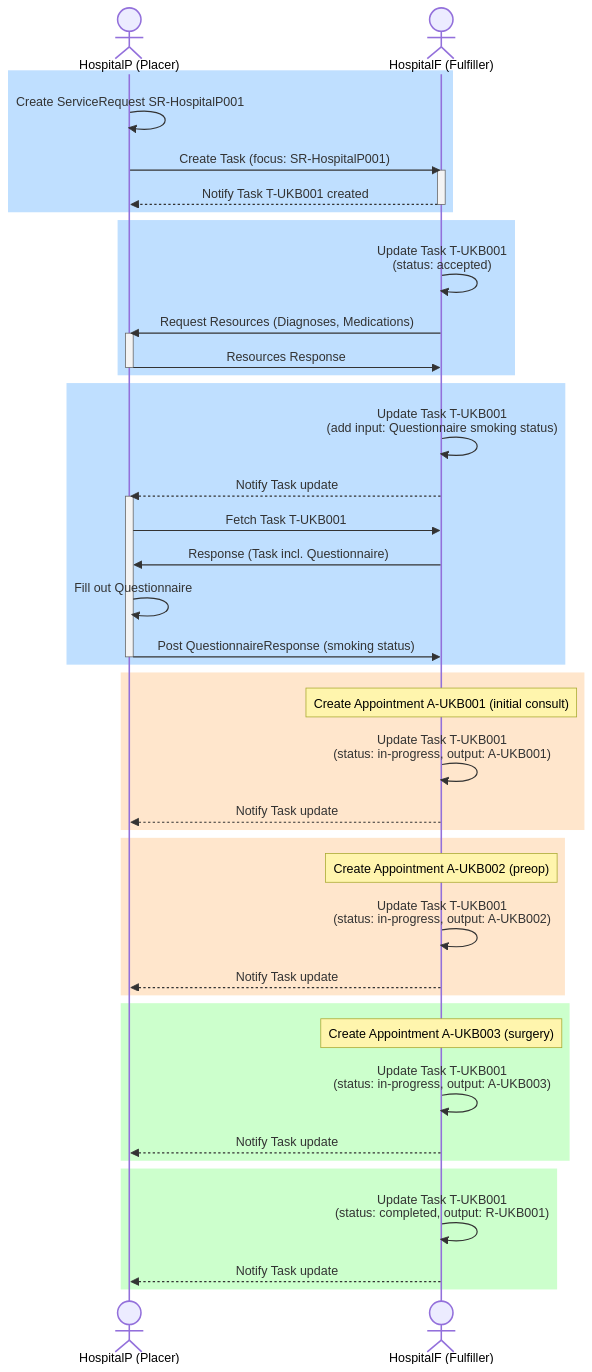
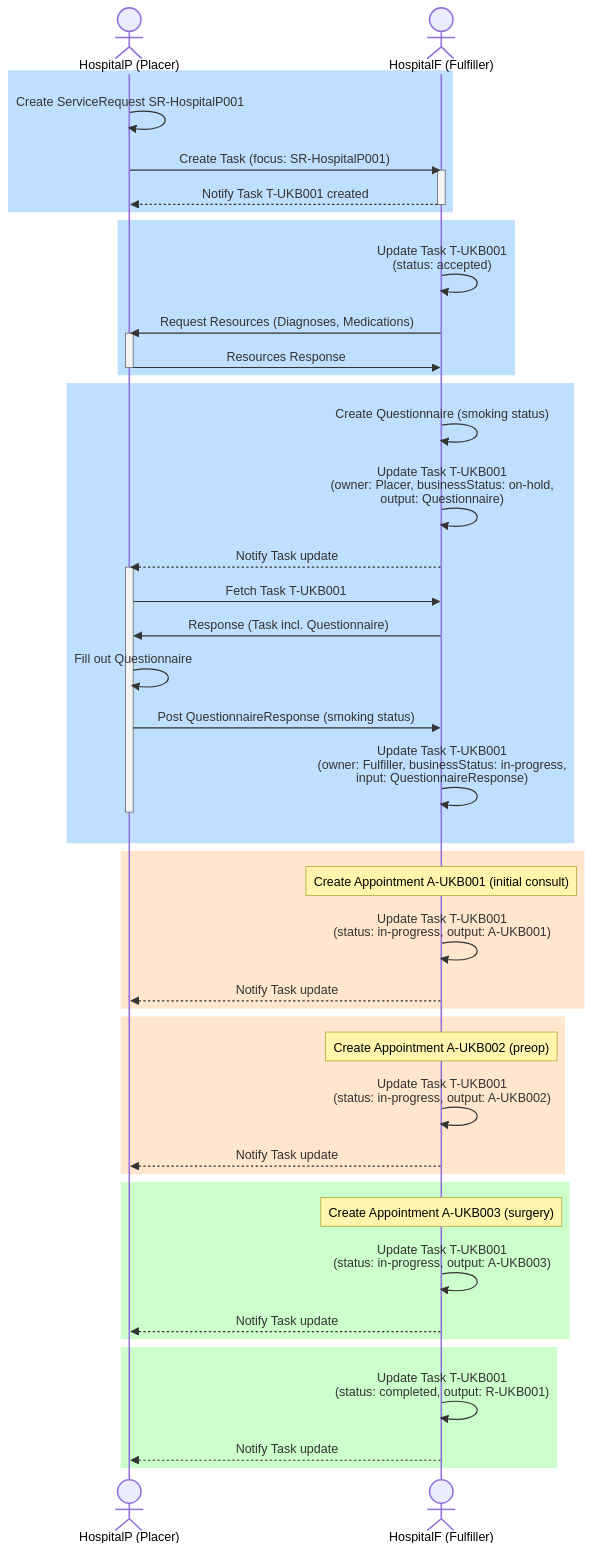
Before and after one commit to umzhconnect/umzhconnect-ig: the diagram in input/pagecontent/usecase-referral-orthopedic.md, drawn with Mermaid. The commit also changed other lines of this file and 2 other files, not shown here.

Commit message:
Questionnaire #5

````diff
--- a/input/pagecontent/usecase-referral-orthopedic.md
+++ b/input/pagecontent/usecase-referral-orthopedic.md
@@ -18,56 +18,58 @@
 ```mermaid
 sequenceDiagram
     actor HospitalP as HospitalP (Placer)
     actor HospitalF as HospitalF (Fulfiller)
     
     rect rgb(191, 223, 255)
     HospitalP->>HospitalP: Create ServiceRequest SR-HospitalP001
     HospitalP->>HospitalF: Create Task (focus: SR-HospitalP001)
     activate HospitalF
     HospitalF-->>HospitalP: Notify Task T-UKB001 created
     deactivate HospitalF
     end
     
     rect rgb(191, 223, 255)
     HospitalF->>HospitalF: Update Task T-UKB001<br/>(status: accepted)
     HospitalF->>HospitalP: Request Resources (Diagnoses, Medications)
     activate HospitalP
     HospitalP->>HospitalF: Resources Response
     deactivate HospitalP
     end
     
     rect rgb(191, 223, 255)
-    HospitalF->>HospitalF: Update Task T-UKB001<br/>(add input: Questionnaire smoking status)
+    HospitalF->>HospitalF: Create Questionnaire (smoking status)
+    HospitalF->>HospitalF: Update Task T-UKB001<br/>(owner: Placer, businessStatus: on-hold,<br/>output: Questionnaire)
     HospitalF-->>HospitalP: Notify Task update
     activate HospitalP
     HospitalP->>HospitalF: Fetch Task T-UKB001
     HospitalF->>HospitalP: Response (Task incl. Questionnaire)
     HospitalP->>HospitalP: Fill out Questionnaire
     HospitalP->>HospitalF: Post QuestionnaireResponse (smoking status)
+    HospitalF->>HospitalF: Update Task T-UKB001<br/>(owner: Fulfiller, businessStatus: in-progress,<br/>input: QuestionnaireResponse)
     deactivate HospitalP
     end
     
     rect rgb(255, 230, 204)
     Note over HospitalF: Create Appointment A-UKB001 (initial consult)
     HospitalF->>HospitalF: Update Task T-UKB001<br/>(status: in-progress, output: A-UKB001)
     HospitalF-->>HospitalP: Notify Task update
     end
 
     rect rgb(255, 230, 204)
     Note over HospitalF: Create Appointment A-UKB002 (preop)
     HospitalF->>HospitalF: Update Task T-UKB001<br/>(status: in-progress, output: A-UKB002)
     HospitalF-->>HospitalP: Notify Task update
     end
 
     rect rgb(204, 255, 204)
     Note over HospitalF: Create Appointment A-UKB003 (surgery)
     HospitalF->>HospitalF: Update Task T-UKB001<br/>(status: in-progress, output: A-UKB003)
     HospitalF-->>HospitalP: Notify Task update
     end
     
     rect rgb(204, 255, 204)
     HospitalF->>HospitalF: Update Task T-UKB001<br/>(status: completed, output: R-UKB001)
     HospitalF-->>HospitalP: Notify Task update
     end
 
 ```
````
